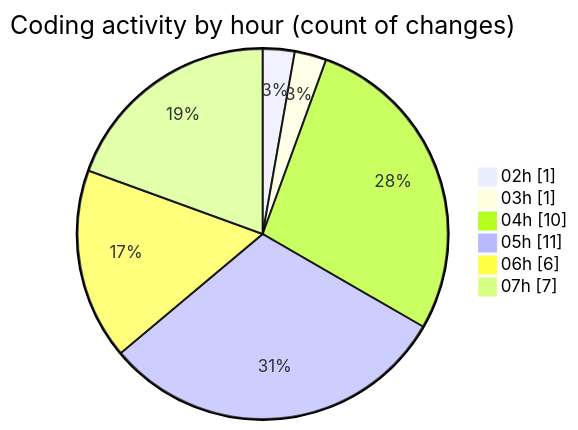
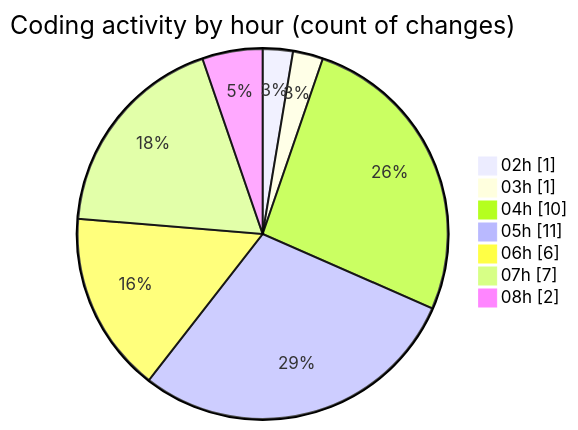
One commit to julien-gomy/code-tracking changed the second of 2 diagrams in 2025-10-31/cdp_aleoudev_fr__workspace_/README.md. Above: the diagram before and after it, drawn with Mermaid. The commit also changed other lines of this file and 1 other file, not shown here.

````diff
--- a/2025-10-31/cdp_aleoudev_fr__workspace_/README.md
+++ b/2025-10-31/cdp_aleoudev_fr__workspace_/README.md
@@ -29,10 +29,11 @@
 ```mermaid
 pie showData
 title Coding activity by hour (count of changes)
 "02h" : 1
 "03h" : 1
 "04h" : 10
 "05h" : 11
 "06h" : 6
 "07h" : 7
+"08h" : 2
 ```
````
